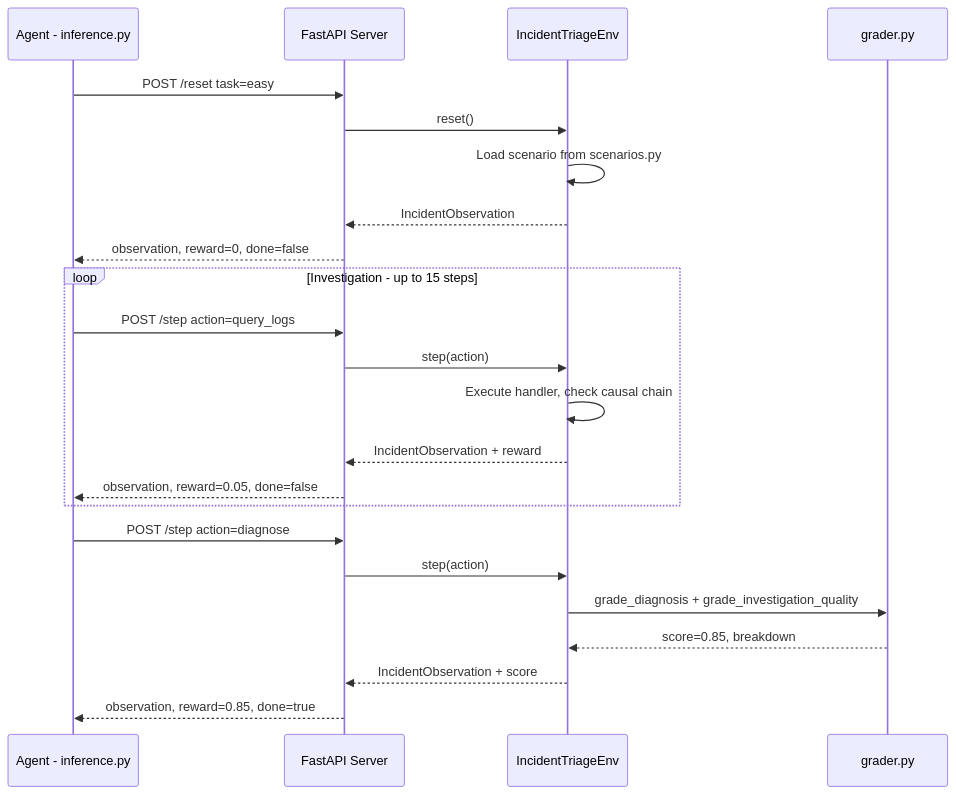
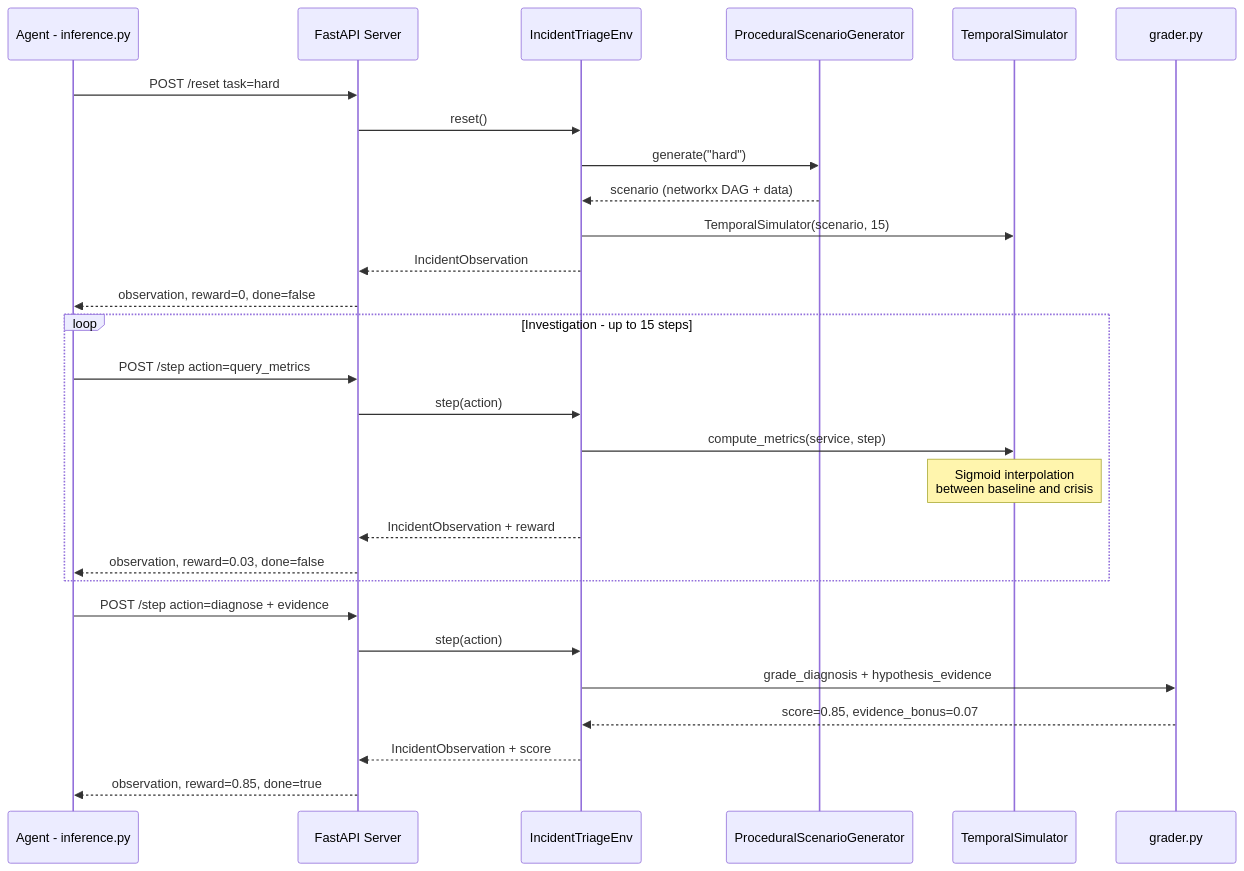
Before and after one commit to wildcraft958/incident_triage_env: the fifth of 7 diagrams in docs/ARCHITECTURE.md, drawn with Mermaid. The commit also changed other lines of this file, not shown here.

Commit message:
Update ARCHITECTURE.md for procedural generation and temporal simulation

````diff
--- a/docs/ARCHITECTURE.md
+++ b/docs/ARCHITECTURE.md
@@ -57,28 +119,33 @@
 ```mermaid
 sequenceDiagram
     participant Agent as Agent - inference.py
     participant Server as FastAPI Server
     participant Env as IncidentTriageEnv
+    participant Gen as ProceduralScenarioGenerator
+    participant Temp as TemporalSimulator
     participant Grader as grader.py
 
-    Agent->>Server: POST /reset task=easy
+    Agent->>Server: POST /reset task=hard
     Server->>Env: reset()
-    Env->>Env: Load scenario from scenarios.py
+    Env->>Gen: generate("hard")
+    Gen-->>Env: scenario (networkx DAG + data)
+    Env->>Temp: TemporalSimulator(scenario, 15)
     Env-->>Server: IncidentObservation
     Server-->>Agent: observation, reward=0, done=false
 
     loop Investigation - up to 15 steps
-        Agent->>Server: POST /step action=query_logs
+        Agent->>Server: POST /step action=query_metrics
         Server->>Env: step(action)
-        Env->>Env: Execute handler, check causal chain
+        Env->>Temp: compute_metrics(service, step)
+        Note over Temp: Sigmoid interpolation<br/>between baseline and crisis
         Env-->>Server: IncidentObservation + reward
-        Server-->>Agent: observation, reward=0.05, done=false
+        Server-->>Agent: observation, reward=0.03, done=false
     end
 
-    Agent->>Server: POST /step action=diagnose
+    Agent->>Server: POST /step action=diagnose + evidence
     Server->>Env: step(action)
-    Env->>Grader: grade_diagnosis + grade_investigation_quality
-    Grader-->>Env: score=0.85, breakdown
+    Env->>Grader: grade_diagnosis + hypothesis_evidence
+    Grader-->>Env: score=0.85, evidence_bonus=0.07
     Env-->>Server: IncidentObservation + score
     Server-->>Agent: observation, reward=0.85, done=true
 ```
````
